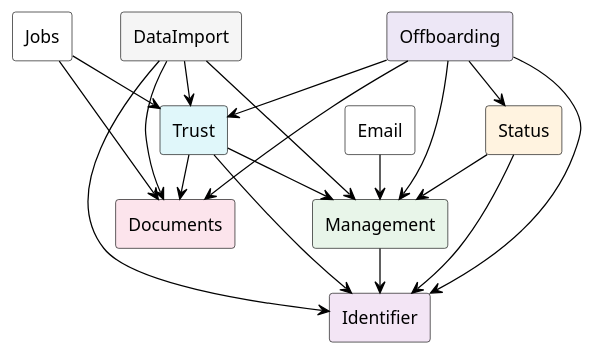
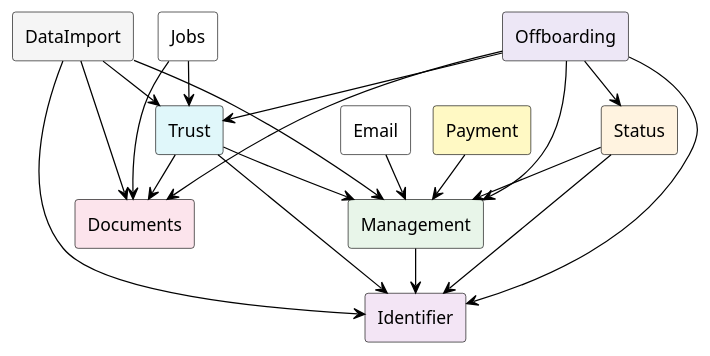
One commit to swiyu-admin-ch/swiyu-core-business-service changed the diagram in docs/models/core-business-modules.puml. Above: the diagram before and after it, drawn with PlantUML. The commit also changed 58 other files, not shown here.

```diff
--- a/docs/models/core-business-modules.puml
+++ b/docs/models/core-business-modules.puml
@@ -1,54 +1,57 @@
 @startuml module-dependencies
 
 !pragma layout smetana
 
 skinparam componentStyle rectangle
 skinparam ComponentBackgroundColor White
 skinparam ComponentBorderColor Black
 skinparam ArrowColor Black
 skinparam defaultFontName Arial
 
 ' ========================
 ' MODULES
 ' ========================
 
 component "Jobs" as jobs
 component "Email" as email
 component "Management" as management #E8F5E9
 component "Status" as status #FFF3E0
 component "Identifier" as identifier #F3E5F5
 component "Documents" as documents #FCE4EC
 component "Trust" as trust #E0F7FA
 component "DataImport" as dataimport #F5F5F5
 component "Offboarding" as offboarding #EDE7F6
+component "Payment" as payment #FFF9C4
 
 ' ========================
 ' DEPENDENCIES
 ' ========================
 
 management --> identifier
 
 status --> identifier
 status --> management
 
 trust --> management
 trust --> identifier
 trust --> documents
 
 dataimport --> documents
 dataimport --> identifier
 dataimport --> management
 dataimport --> trust
 
 jobs --> documents
 jobs --> trust
 
 email --> management
 
 offboarding --> management
 offboarding --> status
 offboarding --> identifier
 offboarding --> documents
 offboarding --> trust
 
+payment --> management
+
 @enduml
```
